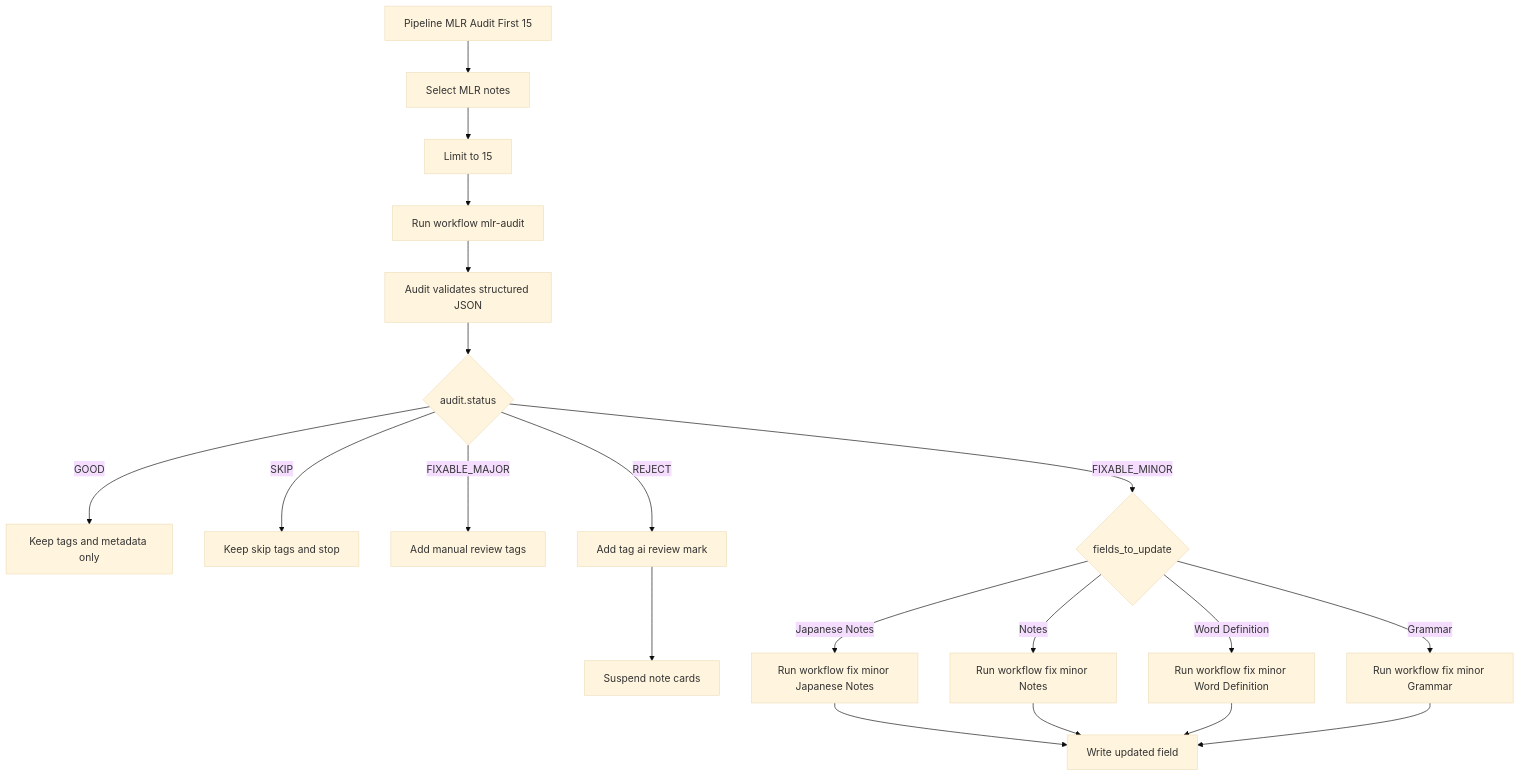
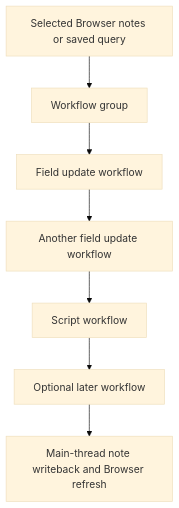
The diagram in docs/architecture/mermaids/sample-user-workflow-pipeline.mmd (moritzvitt/anki-ai-automation), drawn with Mermaid (base theme) before and after one commit. The commit also changed 15 other files, not shown here.

Commit message:
Refresh docs and MLR user prompts

```diff
--- a/docs/architecture/mermaids/sample-user-workflow-pipeline.mmd
+++ b/docs/architecture/mermaids/sample-user-workflow-pipeline.mmd
@@ -1,23 +1,7 @@
 graph TD
-    A[Pipeline MLR Audit First 15] --> B[Select MLR notes]
-    B --> C[Limit to 15]
-    C --> D[Run workflow mlr-audit]
-    D --> E[Audit validates structured JSON]
-    E --> F{audit.status}
-
-    F -->|GOOD| G[Keep tags and metadata only]
-    F -->|SKIP| H[Keep skip tags and stop]
-    F -->|FIXABLE_MAJOR| I[Add manual review tags]
-    F -->|REJECT| J[Add tag ai review mark]
-    J --> K[Suspend note cards]
-    F -->|FIXABLE_MINOR| L{fields_to_update}
-
-    L -->|Japanese Notes| M[Run workflow fix minor Japanese Notes]
-    L -->|Notes| N[Run workflow fix minor Notes]
-    L -->|Word Definition| O[Run workflow fix minor Word Definition]
-    L -->|Grammar| P[Run workflow fix minor Grammar]
-
-    M --> Q[Write updated field]
-    N --> Q
-    O --> Q
-    P --> Q
+    A[Selected Browser notes or saved query] --> B[Workflow group]
+    B --> C[Field update workflow]
+    C --> D[Another field update workflow]
+    D --> E[Script workflow]
+    E --> F[Optional later workflow]
+    F --> G[Main-thread note writeback and Browser refresh]
```
